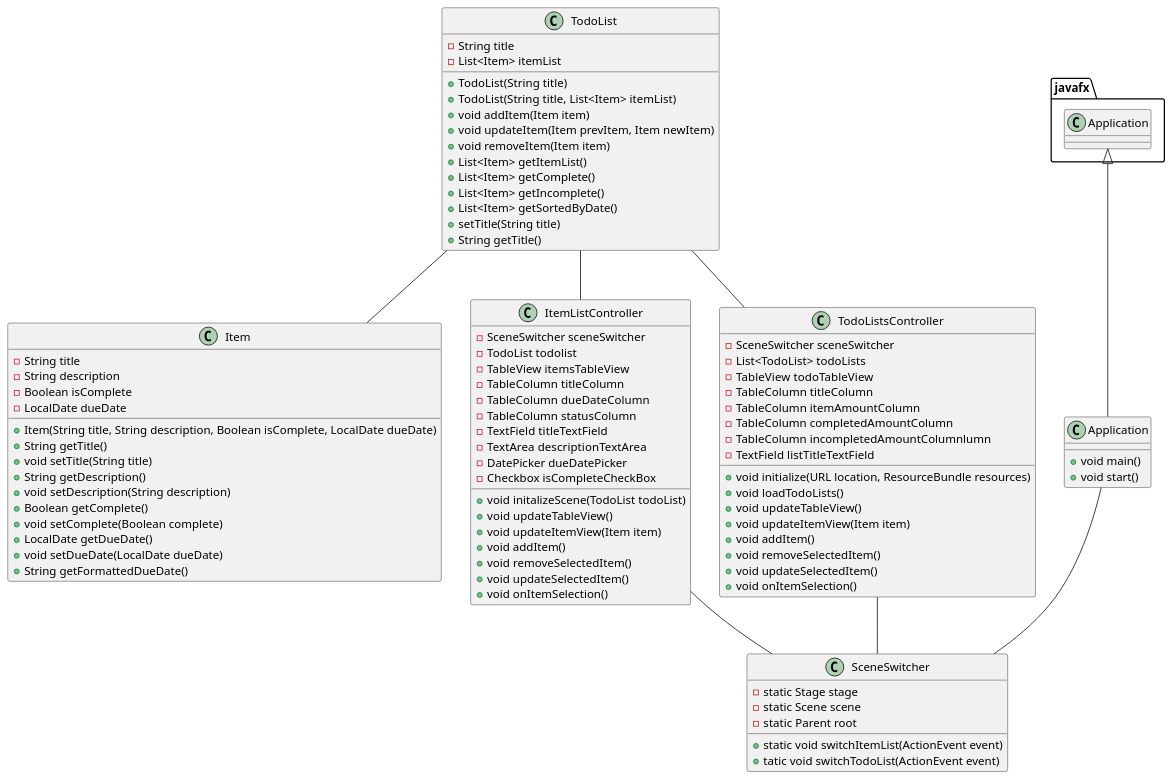
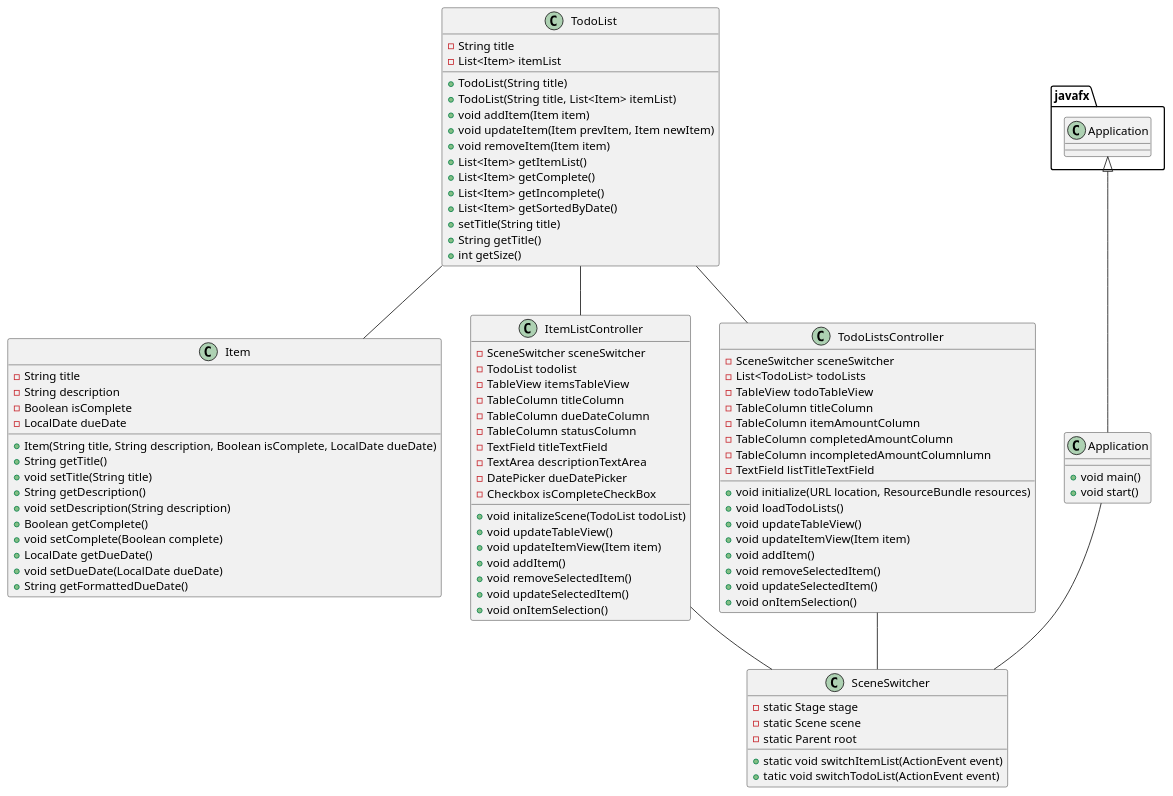
The diagram in docs/Application.puml (drumman22/grossman-app1-design), drawn with PlantUML before and after one commit.

Commit message:
update puml

```diff
--- a/docs/Application.puml
+++ b/docs/Application.puml
@@ -1,101 +1,102 @@
 @startuml
 
 class Application {
 + void main()
 + void start()
 }
 
 class TodoList {
 -String title
 -List<Item> itemList
 
 + TodoList(String title)
 + TodoList(String title, List<Item> itemList)
 + void addItem(Item item)
 + void updateItem(Item prevItem, Item newItem)
 + void removeItem(Item item)
 + List<Item> getItemList()
 + List<Item> getComplete()
 + List<Item> getIncomplete()
 + List<Item> getSortedByDate()
 + setTitle(String title)
 + String getTitle()
++ int getSize()
 }
 
 class Item {
 -String title
 -String description
 -Boolean isComplete
 -LocalDate dueDate
 
 + Item(String title, String description, Boolean isComplete, LocalDate dueDate)
 + String getTitle()
 + void setTitle(String title)
 + String getDescription()
 + void setDescription(String description)
 + Boolean getComplete()
 + void setComplete(Boolean complete)
 + LocalDate getDueDate()
 + void setDueDate(LocalDate dueDate)
 + String getFormattedDueDate()
 }
 
 class SceneSwitcher {
 -static Stage stage
 -static Scene scene
 -static Parent root
 
 + static void switchItemList(ActionEvent event)
 + tatic void switchTodoList(ActionEvent event)
 }
 
 class ItemListController {
 -SceneSwitcher sceneSwitcher
 -TodoList todolist
 -TableView itemsTableView
 -TableColumn titleColumn
 -TableColumn dueDateColumn
 -TableColumn statusColumn
 -TextField titleTextField
 -TextArea descriptionTextArea
 -DatePicker dueDatePicker
 -Checkbox isCompleteCheckBox
 
 + void initalizeScene(TodoList todoList)
 + void updateTableView()
 + void updateItemView(Item item)
 + void addItem()
 + void removeSelectedItem()
 + void updateSelectedItem()
 + void onItemSelection()
 }
 
 class TodoListsController {
 -SceneSwitcher sceneSwitcher
 -List<TodoList> todoLists
 -TableView todoTableView
 -TableColumn titleColumn
 -TableColumn itemAmountColumn
 -TableColumn completedAmountColumn
 -TableColumn incompletedAmountColumnlumn
 -TextField listTitleTextField
 
 + void initialize(URL location, ResourceBundle resources)
 + void loadTodoLists()
 + void updateTableView()
 + void updateItemView(Item item)
 + void addItem()
 + void removeSelectedItem()
 + void updateSelectedItem()
 + void onItemSelection()
 }
 
 TodoListsController -- SceneSwitcher
 ItemListController -- SceneSwitcher
 Application -- SceneSwitcher
 TodoList -- Item
 TodoList -- TodoListsController
 TodoList -- ItemListController
 javafx.Application <|-- Application
 
 @enduml
```
